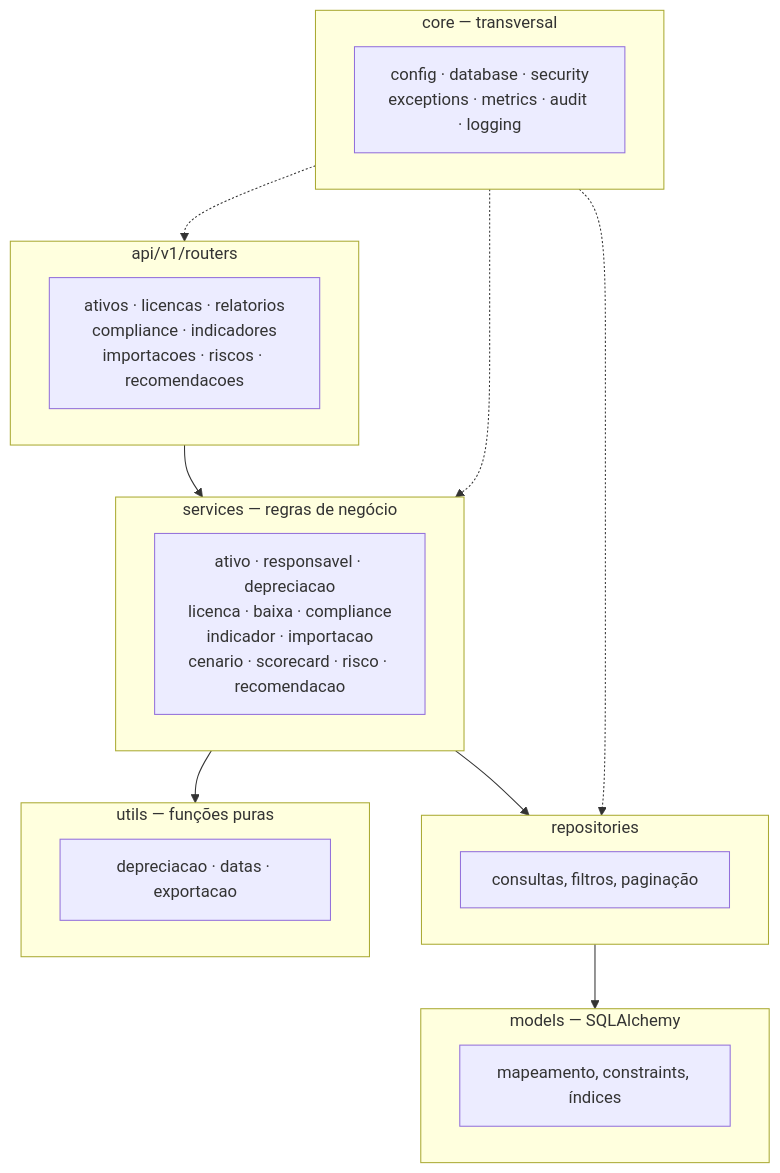
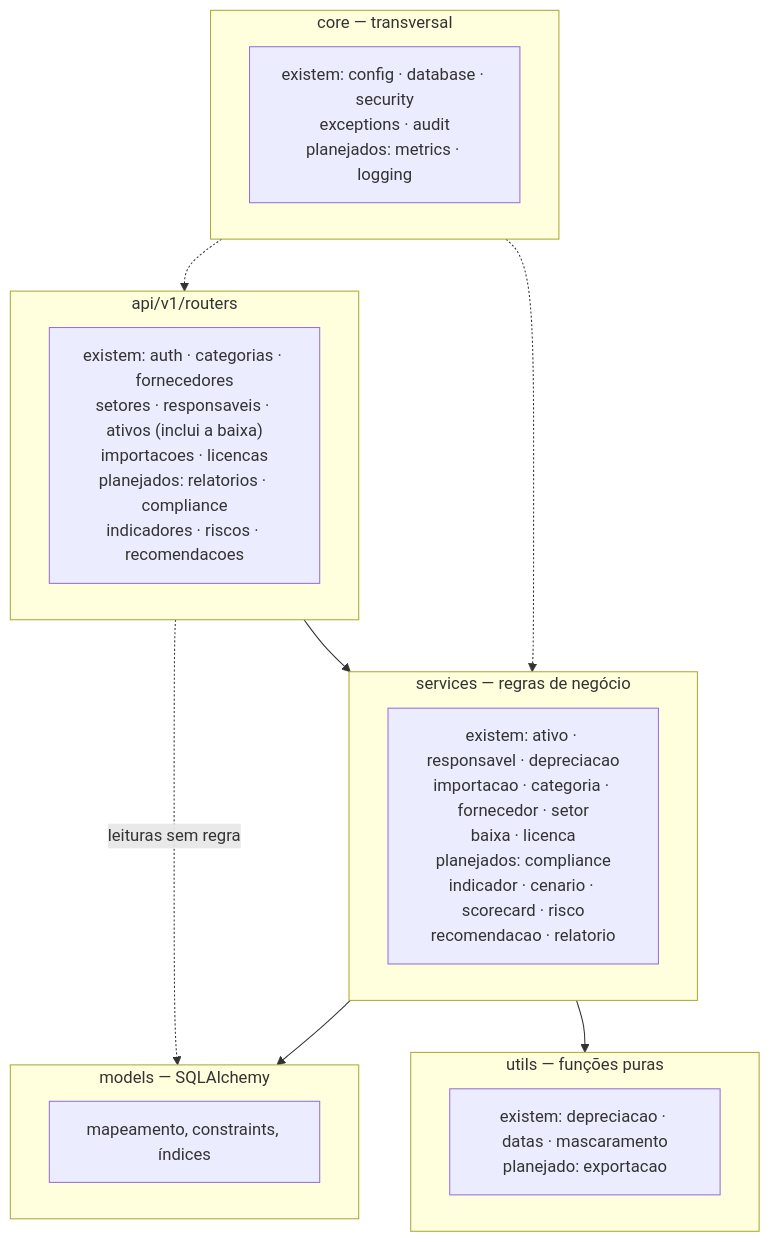
Before and after one commit to JoaoAzevedo184/Projeto-Governanca-TI: the third of 6 diagrams in docs/ARQUITETURA.md, drawn with Mermaid. The commit also changed other lines of this file, not shown here.

````diff
--- a/docs/ARQUITETURA.md
+++ b/docs/ARQUITETURA.md
@@ -81,29 +81,25 @@
 ```mermaid
 graph TB
     subgraph rt["api/v1/routers"]
-        R1["ativos · licencas · relatorios<br/>compliance · indicadores<br/>importacoes · riscos · recomendacoes"]
+        R1["existem: auth · categorias · fornecedores<br/>setores · responsaveis · ativos (inclui a baixa)<br/>importacoes · licencas<br/>planejados: relatorios · compliance<br/>indicadores · riscos · recomendacoes"]
     end
     subgraph sv["services — regras de negócio"]
-        S1["ativo · responsavel · depreciacao<br/>licenca · baixa · compliance<br/>indicador · importacao<br/>cenario · scorecard · risco · recomendacao"]
-    end
-    subgraph rp["repositories"]
-        P1["consultas, filtros, paginação"]
+        S1["existem: ativo · responsavel · depreciacao<br/>importacao · categoria · fornecedor · setor<br/>baixa · licenca<br/>planejados: compliance<br/>indicador · cenario · scorecard · risco<br/>recomendacao · relatorio"]
     end
     subgraph md["models — SQLAlchemy"]
         M1["mapeamento, constraints, índices"]
     end
     subgraph cr["core — transversal"]
-        C1["config · database · security<br/>exceptions · metrics · audit · logging"]
+        C1["existem: config · database · security<br/>exceptions · audit<br/>planejados: metrics · logging"]
     end
     subgraph ut["utils — funções puras"]
-        U1["depreciacao · datas · exportacao"]
+        U1["existem: depreciacao · datas · mascaramento<br/>planejado: exportacao"]
     end
 
     rt --> sv
-    sv --> rp
+    rt -.->|"leituras sem regra"| md
+    sv --> md
     sv --> ut
-    rp --> md
     cr -.-> rt
     cr -.-> sv
-    cr -.-> rp
 ```
````
